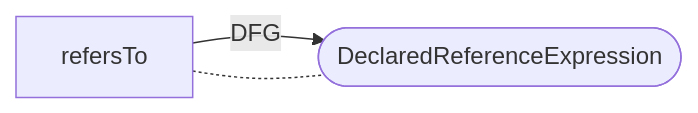
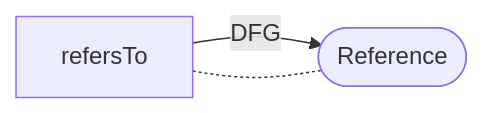
Diagram 14 of 38 in docs/docs/CPG/specs/dfg.md (Fraunhofer-AISEC/cpg), drawn with Mermaid before and after one commit. The commit also changed other lines of this file and 19 other files, not shown here.

````diff
--- a/docs/docs/CPG/specs/dfg.md
+++ b/docs/docs/CPG/specs/dfg.md
@@ -220,5 +220,5 @@
   ```mermaid
   flowchart LR
-    refersTo -- DFG --> node([DeclaredReferenceExpression]);
+    refersTo -- DFG --> node([Reference]);
     refersTo -.- node;
   ```
````
